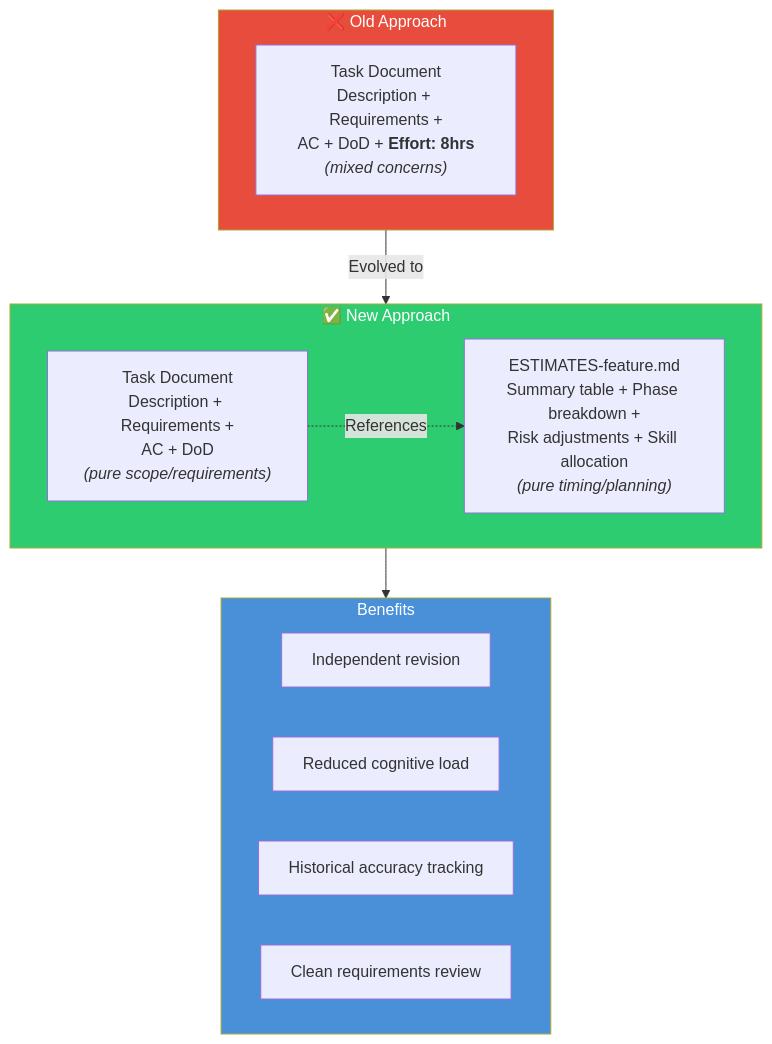
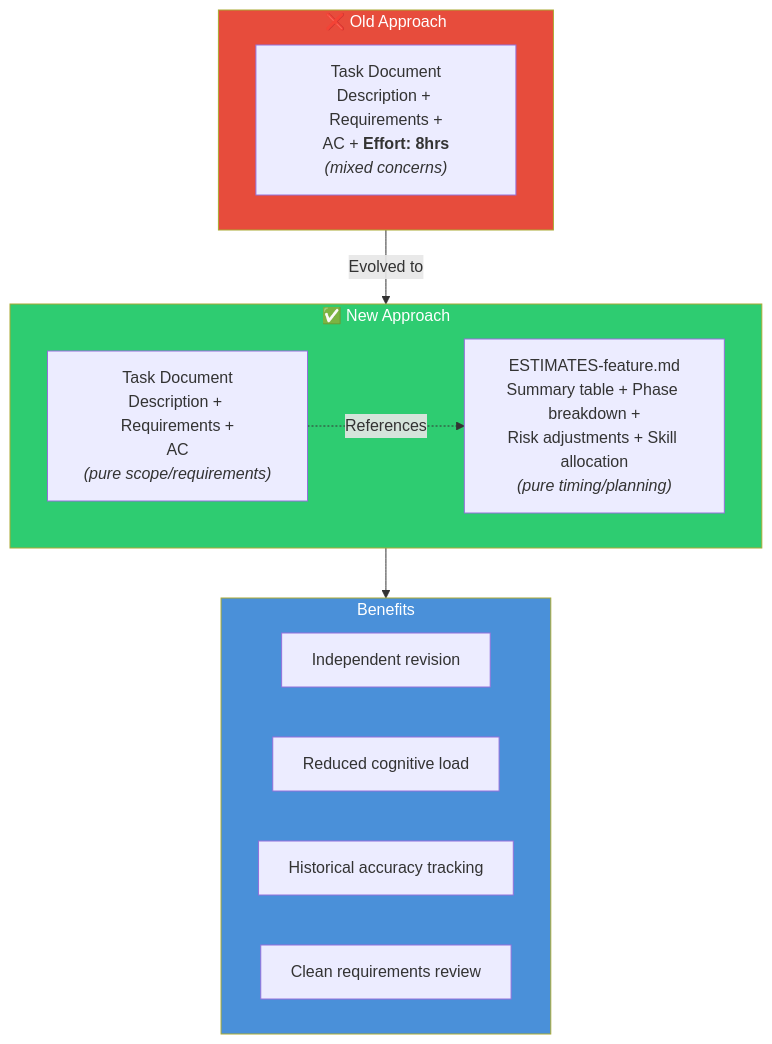
The sixth of 6 diagrams in documentation/PA-AGENT-DIAGRAMS.md (dnewton-brocksolutions/copilot-product-analyst), drawn with Mermaid before and after one commit. The commit also changed other lines of this file and 10 other files, not shown here.

````diff
--- a/documentation/PA-AGENT-DIAGRAMS.md
+++ b/documentation/PA-AGENT-DIAGRAMS.md
@@ -304,27 +304,27 @@
 ```mermaid
 flowchart TD
     subgraph Old["❌ Old Approach"]
-        OT["Task Document<br/>Description + Requirements +<br/>AC + DoD + <b>Effort: 8hrs</b><br/><i>(mixed concerns)</i>"]
+        OT["Task Document<br/>Description + Requirements +<br/>AC + <b>Effort: 8hrs</b><br/><i>(mixed concerns)</i>"]
     end
 
     subgraph New["✅ New Approach"]
-        NT["Task Document<br/>Description + Requirements +<br/>AC + DoD<br/><i>(pure scope/requirements)</i>"]
+        NT["Task Document<br/>Description + Requirements +<br/>AC<br/><i>(pure scope/requirements)</i>"]
         NE["ESTIMATES-feature.md<br/>Summary table + Phase breakdown +<br/>Risk adjustments + Skill allocation<br/><i>(pure timing/planning)</i>"]
     end
 
     Old -->|"Evolved to"| New
     NT -.->|"References"| NE
 
     subgraph Benefits["Benefits"]
         B1["Independent revision"]
         B2["Reduced cognitive load"]
         B3["Historical accuracy tracking"]
         B4["Clean requirements review"]
     end
 
     New --> Benefits
 
     style Old fill:#E74C3C,color:#fff
     style New fill:#2ECC71,color:#fff
     style Benefits fill:#4A90D9,color:#fff
 ```
````
